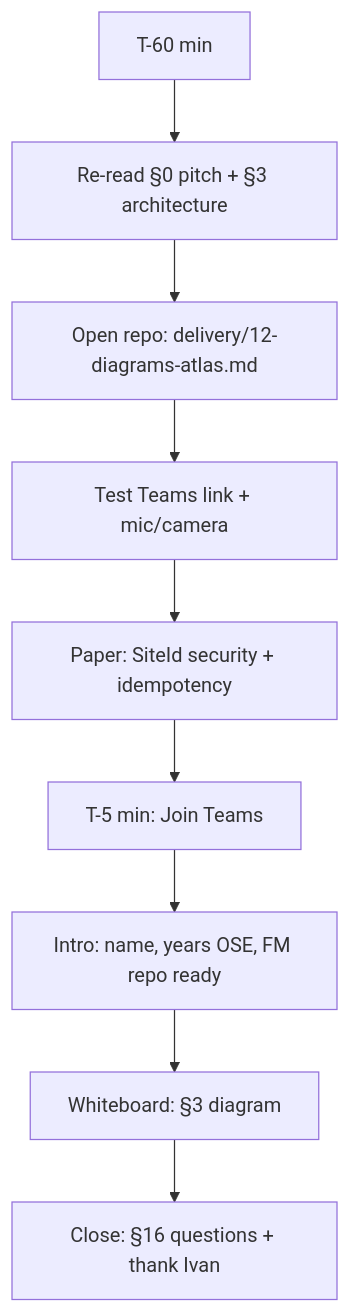
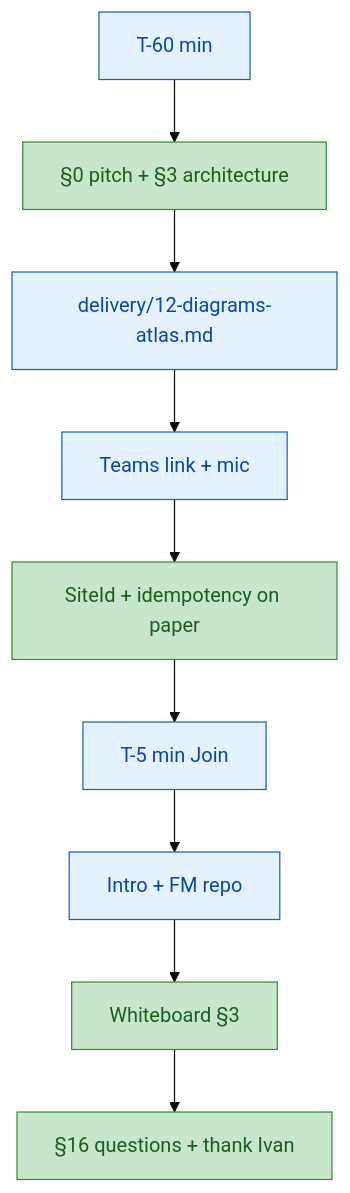
Before and after one commit to willtran112358/fm-work-order-hub-outsystems: diagram 28 of 29 in docs/interview-prep-head-of-tech-ivan-sj.md, drawn with Mermaid. The commit also changed other lines of this file and 1 other file, not shown here.

Commit message:
Mark interview-prep-head-of-tech as the single visual guide with reading map for Ivan call.

````diff
--- a/docs/interview-prep-head-of-tech-ivan-sj.md
+++ b/docs/interview-prep-head-of-tech-ivan-sj.md
@@ -697,11 +760,18 @@
 ```mermaid
+%%{init: {'theme': 'base'}}%%
 flowchart TD
-    START["T-60 min"] --> T1["Re-read §0 pitch + §3 architecture"]
-    T1 --> T2["Open repo: delivery/12-diagrams-atlas.md"]
-    T2 --> T3["Test Teams link + mic/camera"]
-    T3 --> T4["Paper: SiteId security + idempotency"]
-    T4 --> JOIN["T-5 min: Join Teams"]
-    JOIN --> INTRO["Intro: name, years OSE, FM repo ready"]
-    INTRO --> WB["Whiteboard: §3 diagram"]
-    WB --> CLOSE["Close: §16 questions + thank Ivan"]
+    classDef step fill:#e3f2fd,stroke:#1565c0,color:#0d47a1
+    classDef key fill:#c8e6c9,stroke:#388e3c,color:#1b5e20
+
+    START["T-60 min"]:::step
+    T1["§0 pitch + §3 architecture"]:::key
+    T2["delivery/12-diagrams-atlas.md"]:::step
+    T3["Teams link + mic"]:::step
+    T4["SiteId + idempotency on paper"]:::key
+    JOIN["T-5 min Join"]:::step
+    INTRO["Intro + FM repo"]:::step
+    WB["Whiteboard §3"]:::key
+    CLOSE["§16 questions + thank Ivan"]:::key
+
+    START --> T1 --> T2 --> T3 --> T4 --> JOIN --> INTRO --> WB --> CLOSE
 ```
````
